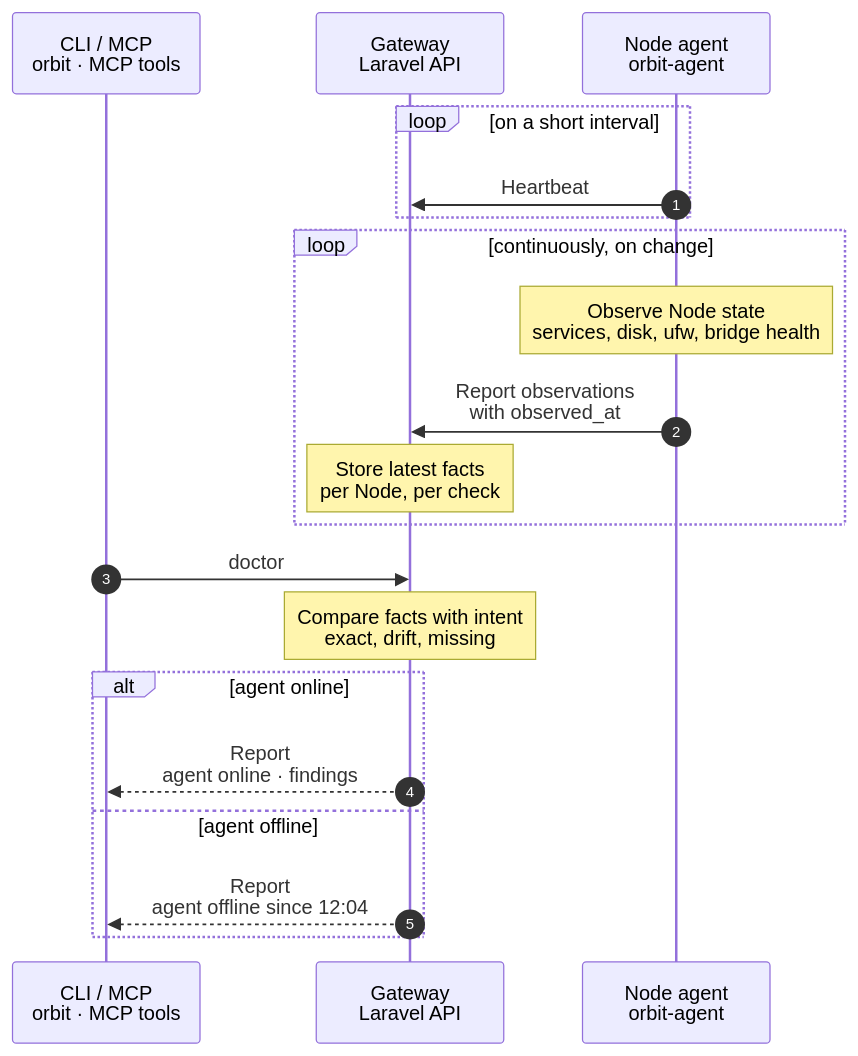
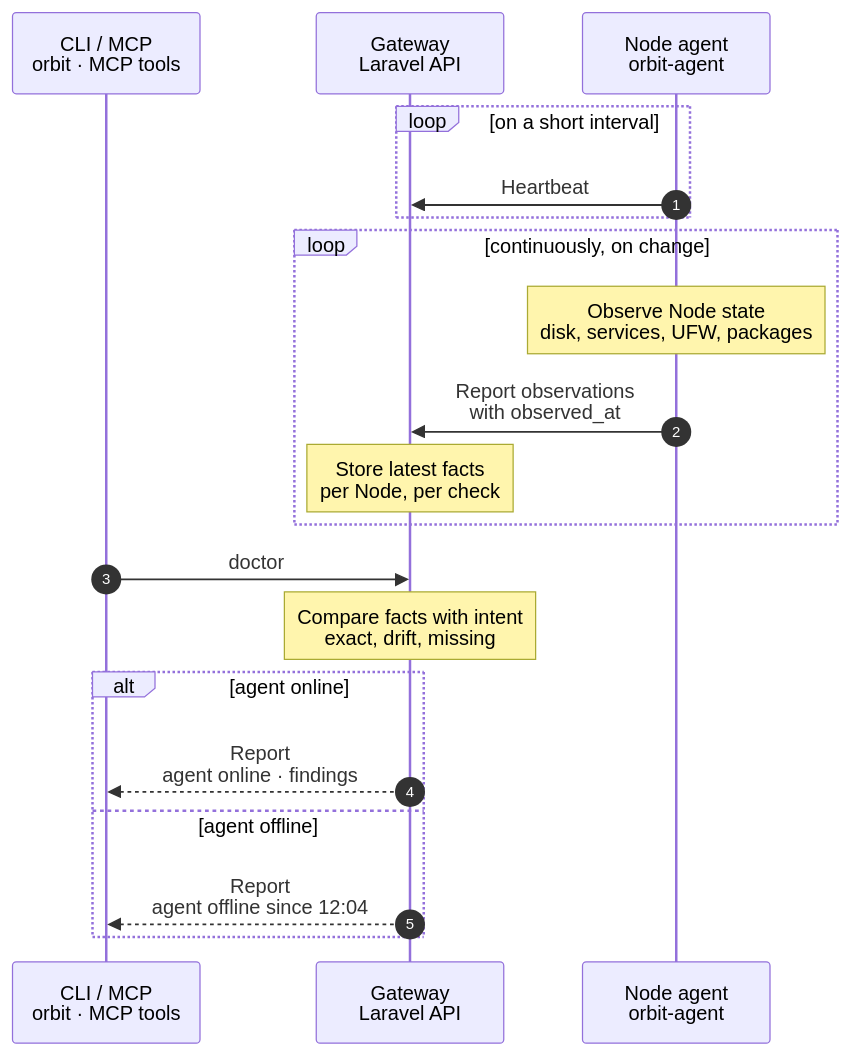
The diagram in docs/cli/doctor/doctor.mmd (hardimpactdev/orbit), drawn with Mermaid before and after one commit. The commit also changed 288 other files, not shown here.

```diff
--- a/docs/cli/doctor/doctor.mmd
+++ b/docs/cli/doctor/doctor.mmd
@@ -1,50 +1,51 @@
 sequenceDiagram
   %% Target design: Nick 2026-11-01, liveness 2026-11-02. Only the Node agent collects facts; doctor reads Gateway state. No Swamp run, no SSH (R1).
   %% status: reviewed
   %% command: doctor
   %% kind: doctor.inspect
   autonumber
   %% lane CLI icon=terminal pill=caller tone=gray
   %% lane GW icon=gateway pill=intent tone=blue
   %% lane A icon=server pill=observer tone=amber
   participant CLI as CLI / MCP<br/>orbit · MCP tools
   participant GW as Gateway<br/>Laravel API
   participant A as Node agent<br/>orbit-agent
   loop on a short interval
     A->>GW: Heartbeat
     %%> Result:
     %%> - the Gateway marks the Node online
     %%> - when heartbeats stop, it marks the Node offline, shown in the web dashboard and in node:list and node:show
   end
   loop continuously, on change
-    Note over A: Observe Node state<br/>services, disk, ufw, bridge health
+    Note over A: Observe Node state<br/>disk, services, UFW, packages
     A->>GW: Report observations<br/>with observed_at
     %%> How:
-    %%> - at start, and again when a fact changed
+    %%> - at start, on change, and on recurring confirmation
     %%> - a report the Gateway does not accept is sent again after 1, 2 and 4 seconds, and then every 4 seconds until it is accepted
     %%> - the same holds for the request that asks what to watch
     %%> Decided by the orchestrator, for Nick's review (2026-11-06, research thread b8654275):
     %%> - a Node that boots before the Gateway answers reported only at its next read, up to a minute later; with a prompt report Doctor was healthy 15.8 s after boot
     Note over GW: Store latest facts<br/>per Node, per check
   end
   CLI->>GW: doctor
   %%> Command:
   %%> - `orbit doctor`
   %%> - syntax: `doctor [--node=ID] [--family=FAMILY] [--json]`
   %%> Input:
   %%> - without filters, checks all accessible registered Nodes and all families
   Note over GW: Compare facts with intent<br/>exact, drift, missing
   %%> Doctor always answers from the Gateway's state:
   %%> - it never starts a run and never SSHes into the Node
+  %%> - compare each managed package with its active Tool coordinate or constraint; stale or missing inventory is unverifiable
   alt agent online
     GW-->>CLI: Report<br/>agent online · findings
     %%> Result:
     %%> - first line: agent online
     %%> - then the findings; exit 0 with no drift, 1 with drift
   else agent offline
     GW-->>CLI: Report<br/>agent offline since 12:04
     %%> Result:
     %%> - first line: agent offline since <time>
     %%> - the findings still show, each marked "possibly outdated, agent silent since <time>"
     %%> - a nudge to look at the Node agent first
   end
```
